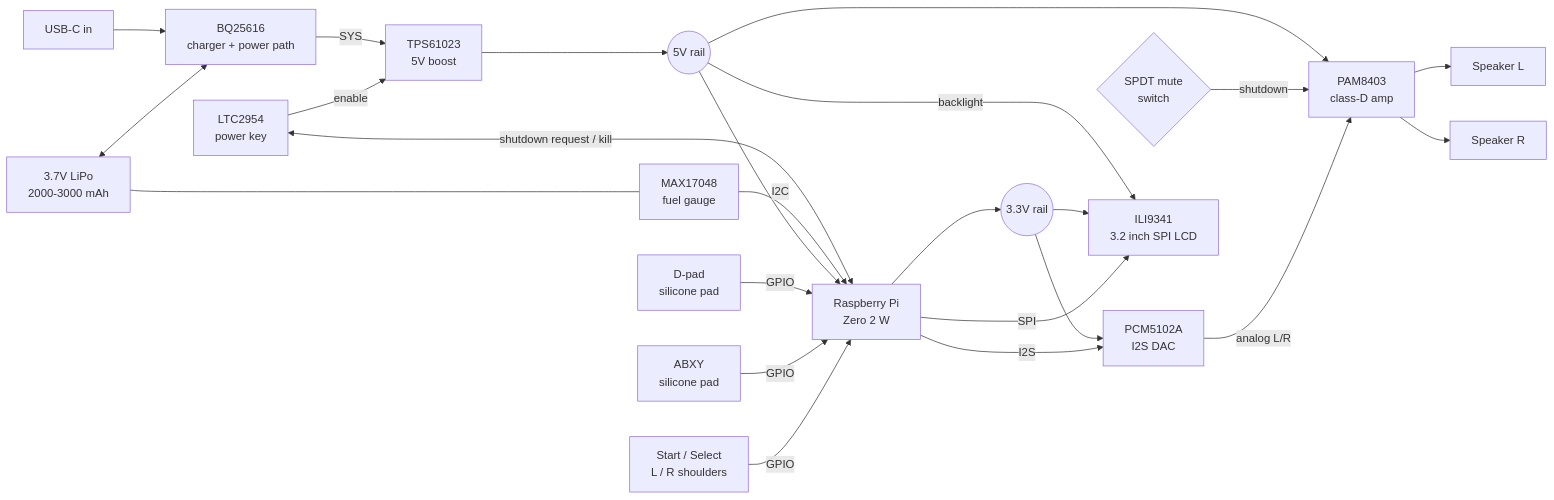
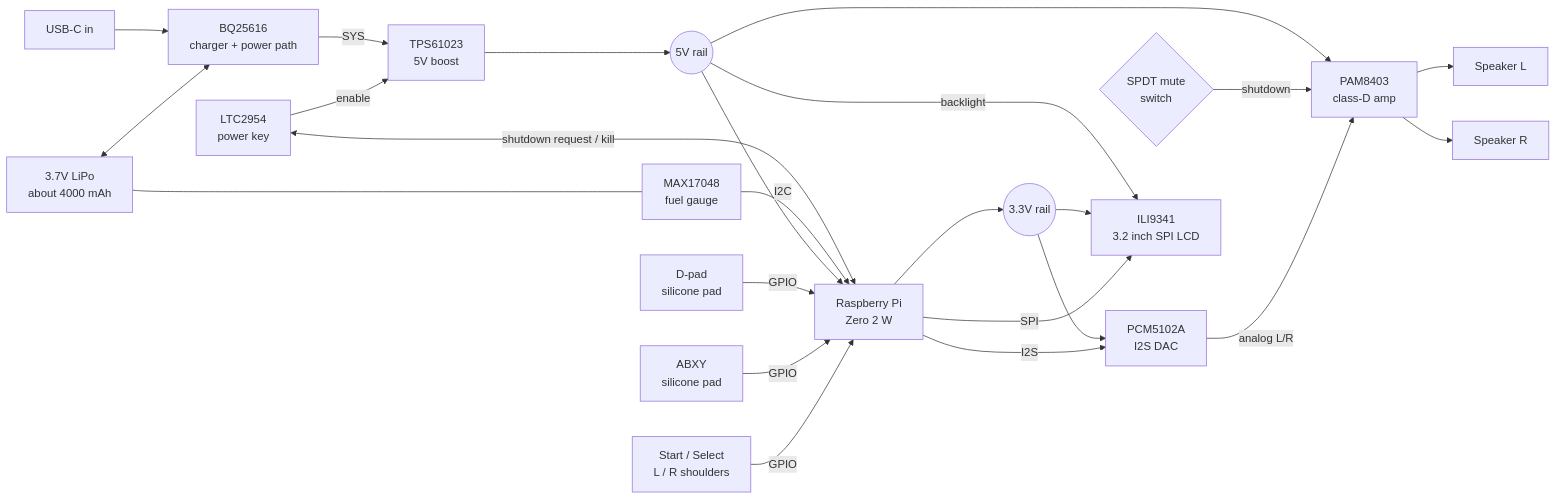
Before and after one commit to spudger/marathon: the diagram in README.md, drawn with Mermaid. The commit also changed other lines of this file and 5 other files, not shown here.

````diff
--- a/README.md
+++ b/README.md
@@ -36,45 +36,45 @@
 ```mermaid
 flowchart LR
     USBC[USB-C in]
-    BAT[3.7V LiPo<br/>2000-3000 mAh]
+    BAT[3.7V LiPo<br/>about 4000 mAh]
     CHG[BQ25616<br/>charger + power path]
     BOOST[TPS61023<br/>5V boost]
     KEY[LTC2954<br/>power key]
     GAUGE[MAX17048<br/>fuel gauge]
     V5((5V rail))
     V33((3.3V rail))
     PI[Raspberry Pi<br/>Zero 2 W]
     MUTE{SPDT mute<br/>switch}
     PAM[PAM8403<br/>class-D amp]
     DAC[PCM5102A<br/>I2S DAC]
     LCD[ILI9341<br/>3.2 inch SPI LCD]
     SPK1[Speaker L]
     SPK2[Speaker R]
     DPAD[D-pad<br/>silicone pad]
     ABXY[ABXY<br/>silicone pad]
     TACT[Start / Select<br/>L / R shoulders]
 
     USBC --> CHG
     BAT <--> CHG
     CHG -->|SYS| BOOST
     BOOST --> V5
     KEY -->|enable| BOOST
     KEY <-->|shutdown request / kill| PI
     BAT --- GAUGE
     GAUGE -->|I2C| PI
     V5 --> PI
     V5 --> PAM
     MUTE -->|shutdown| PAM
     V5 -->|backlight| LCD
     PI --> V33
     V33 --> LCD
     V33 --> DAC
     PI -->|SPI| LCD
     PI -->|I2S| DAC
     DAC -->|analog L/R| PAM
     PAM --> SPK1
     PAM --> SPK2
     DPAD -->|GPIO| PI
     ABXY -->|GPIO| PI
     TACT -->|GPIO| PI
 ```
````
